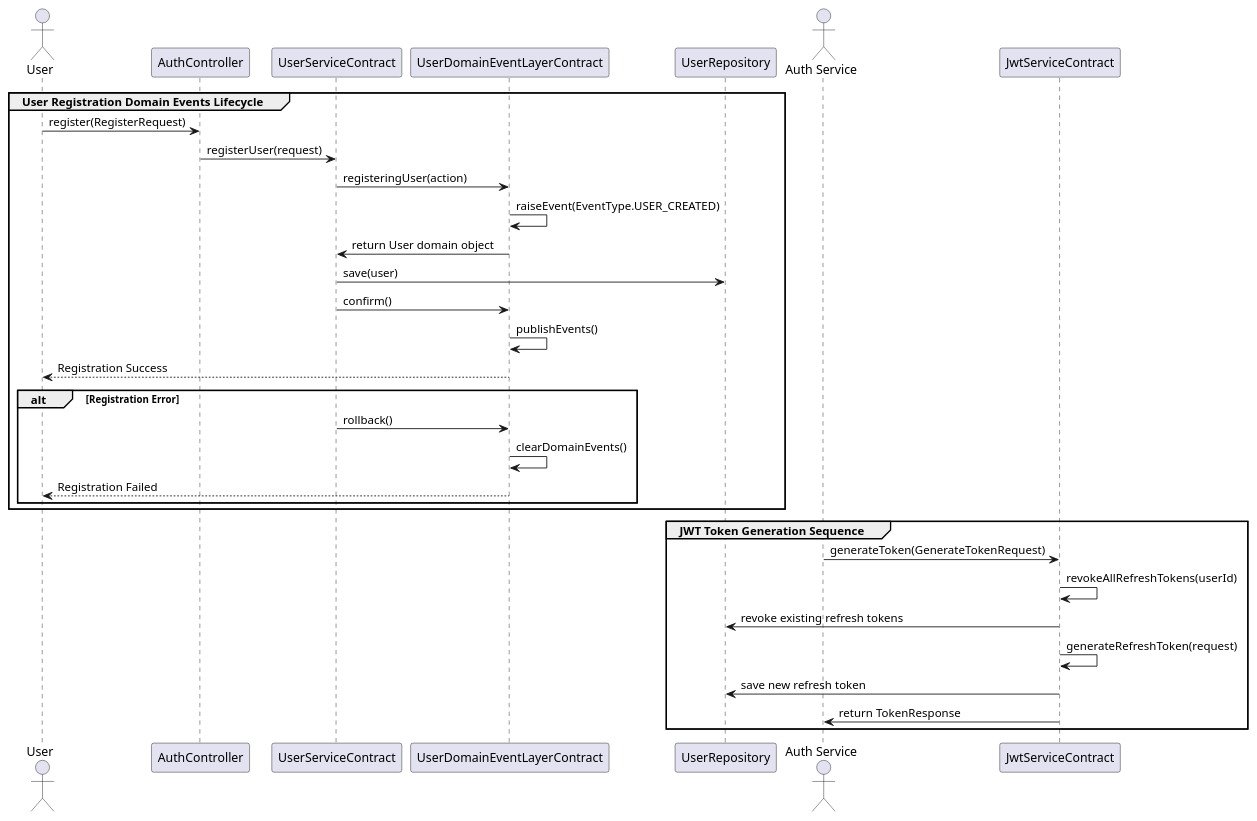
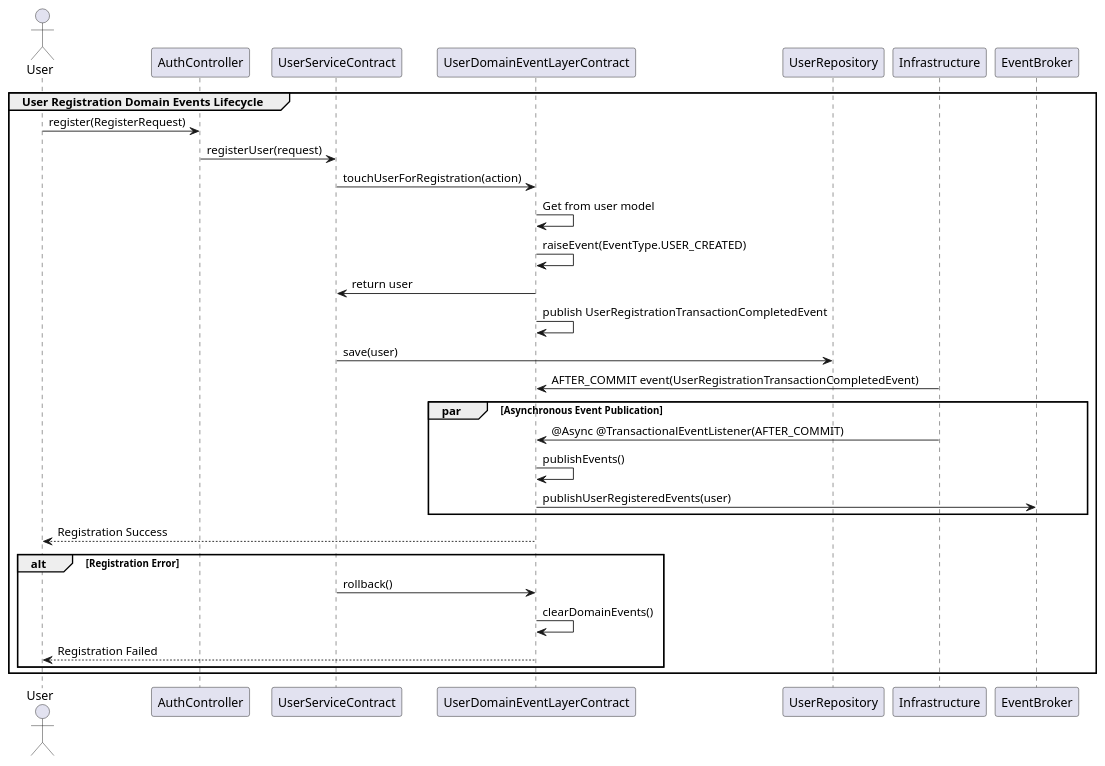
One commit to info-dpv-intelligence/jobpulse changed the diagram in docs/auth-service/sequence.puml. Above: the diagram before and after it, drawn with PlantUML. The commit also changed 1 other file, not shown here.

Commit message:
docs(auth-service): updated registration sequence diagram, add prod template

```diff
--- a/docs/auth-service/sequence.puml
+++ b/docs/auth-service/sequence.puml
@@ -1,32 +1,32 @@
 @startuml sequence
+
 group User Registration Domain Events Lifecycle
     actor user as "User"
-    
+
     user -> AuthController: register(RegisterRequest)
     AuthController -> UserServiceContract: registerUser(request)
-    UserServiceContract -> UserDomainEventLayerContract: registeringUser(action)
+    UserServiceContract -> UserDomainEventLayerContract: touchUserForRegistration(action)
+    UserDomainEventLayerContract -> UserDomainEventLayerContract: Get from user model
     UserDomainEventLayerContract -> UserDomainEventLayerContract: raiseEvent(EventType.USER_CREATED)
-    UserDomainEventLayerContract -> UserServiceContract: return User domain object
+    UserDomainEventLayerContract -> UserServiceContract: return user
+    UserDomainEventLayerContract -> UserDomainEventLayerContract: publish UserRegistrationTransactionCompletedEvent
     UserServiceContract -> UserRepository: save(user)
-    UserServiceContract -> UserDomainEventLayerContract: confirm()
-    UserDomainEventLayerContract -> UserDomainEventLayerContract: publishEvents()
+
+    Infrastructure -> UserDomainEventLayerContract: AFTER_COMMIT event(UserRegistrationTransactionCompletedEvent)
+
+    par Asynchronous Event Publication
+        Infrastructure -> UserDomainEventLayerContract: @Async @TransactionalEventListener(AFTER_COMMIT)
+        UserDomainEventLayerContract -> UserDomainEventLayerContract: publishEvents()
+        UserDomainEventLayerContract -> EventBroker: publishUserRegisteredEvents(user)
+    end
+
     UserDomainEventLayerContract --> user: Registration Success
-    
+
     alt Registration Error
         UserServiceContract -> UserDomainEventLayerContract: rollback()
         UserDomainEventLayerContract -> UserDomainEventLayerContract: clearDomainEvents()
         UserDomainEventLayerContract --> user: Registration Failed
     end
 end
 
-group JWT Token Generation Sequence
-    actor service as "Auth Service"
-    
-    service -> JwtServiceContract: generateToken(GenerateTokenRequest)
-    JwtServiceContract -> JwtServiceContract: revokeAllRefreshTokens(userId)
-    JwtServiceContract -> UserRepository: revoke existing refresh tokens
-    JwtServiceContract -> JwtServiceContract: generateRefreshToken(request)
-    JwtServiceContract -> UserRepository: save new refresh token
-    JwtServiceContract -> service: return TokenResponse
-end
 @enduml
```
